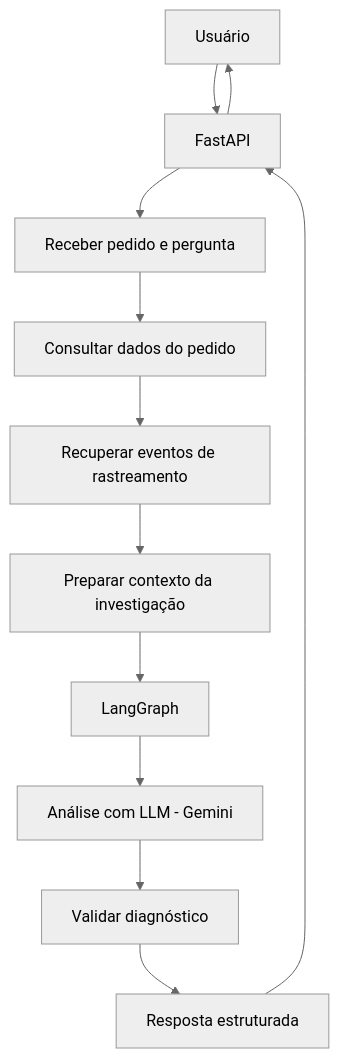
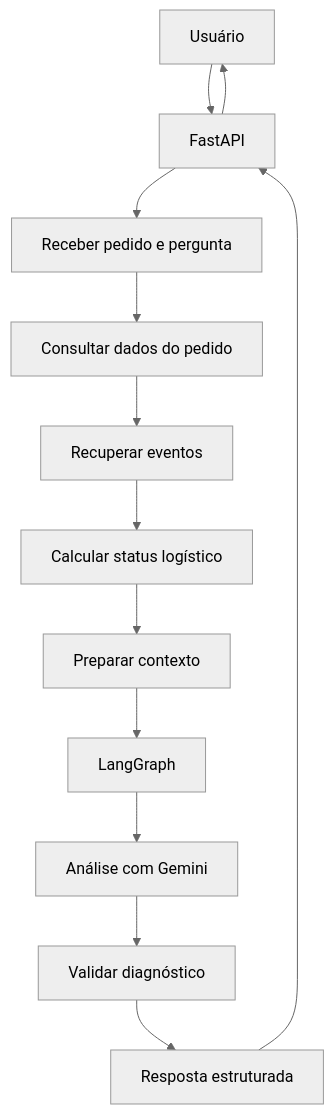
Before and after one commit to joaopguerra/ai-logistics-investigator: the diagram in docs/PROJECT_PLAN.md, drawn with Mermaid (neutral theme). The commit also changed other lines of this file and 13 other files, not shown here.

````diff
--- a/docs/PROJECT_PLAN.md
+++ b/docs/PROJECT_PLAN.md
@@ -63,14 +104,15 @@
 ```mermaid
 flowchart TD
     A[Usuário] --> B[FastAPI]
     B --> C[Receber pedido e pergunta]
     C --> D[Consultar dados do pedido]
-    D --> E[Recuperar eventos de rastreamento]
-    E --> F[Preparar contexto da investigação]
-    F --> G[LangGraph]
-    G --> H[Análise com LLM - Gemini]
-    H --> I[Validar diagnóstico]
-    I --> J[Resposta estruturada]
-    J --> B
+    D --> E[Recuperar eventos]
+    E --> F[Calcular status logístico]
+    F --> G[Preparar contexto]
+    G --> H[LangGraph]
+    H --> I[Análise com Gemini]
+    I --> J[Validar diagnóstico]
+    J --> K[Resposta estruturada]
+    K --> B
     B --> A
 ```
````
